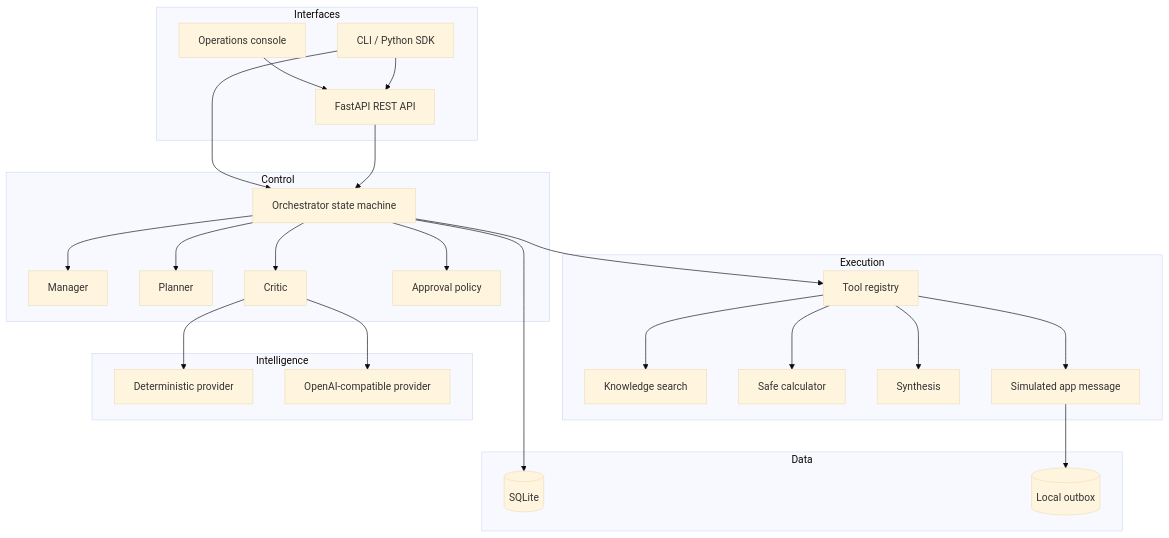
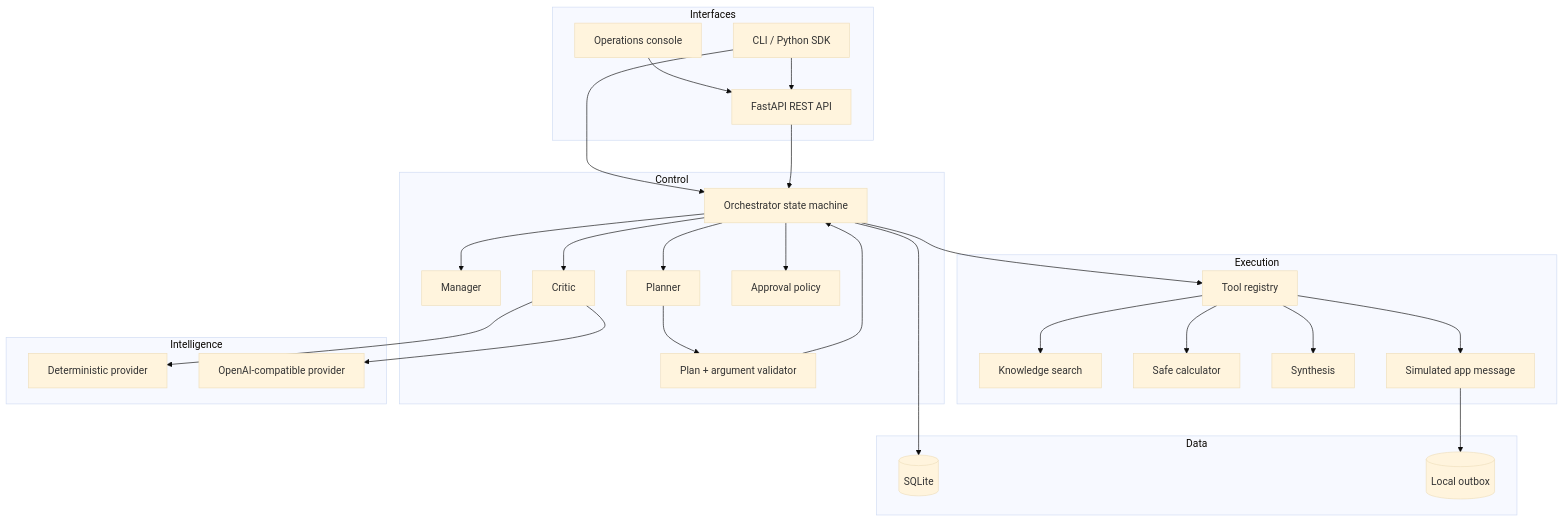
Before and after one commit to jadhav-kunal/ai-workforce-capstone: the first of 2 diagrams in docs/ARCHITECTURE.md, drawn with Mermaid (base theme). The commit also changed other lines of this file and 23 other files, not shown here.

````diff
--- a/docs/ARCHITECTURE.md
+++ b/docs/ARCHITECTURE.md
@@ -9,40 +9,43 @@
 ```mermaid
 flowchart TB
   subgraph Interfaces
     UI[Operations console]
     CLI[CLI / Python SDK]
     API[FastAPI REST API]
   end
   subgraph Control
     ORCH[Orchestrator state machine]
     MAN[Manager]
     PLAN[Planner]
+    VALID[Plan + argument validator]
     CRIT[Critic]
     POLICY[Approval policy]
   end
   subgraph Execution
     REG[Tool registry]
     KNOW[Knowledge search]
     CALC[Safe calculator]
     SYN[Synthesis]
     MSG[Simulated app message]
   end
   subgraph Data
     SQL[(SQLite)]
     OUT[(Local outbox)]
   end
   subgraph Intelligence
     DEMO[Deterministic provider]
     LIVE[OpenAI-compatible provider]
   end
 
   UI & CLI --> API
   CLI --> ORCH
   API --> ORCH
   ORCH --> MAN & PLAN & CRIT & POLICY
+  PLAN --> VALID
+  VALID --> ORCH
   ORCH --> REG
   REG --> KNOW & CALC & SYN & MSG
   ORCH --> SQL
   MSG --> OUT
   CRIT --> DEMO & LIVE
 ```
````
